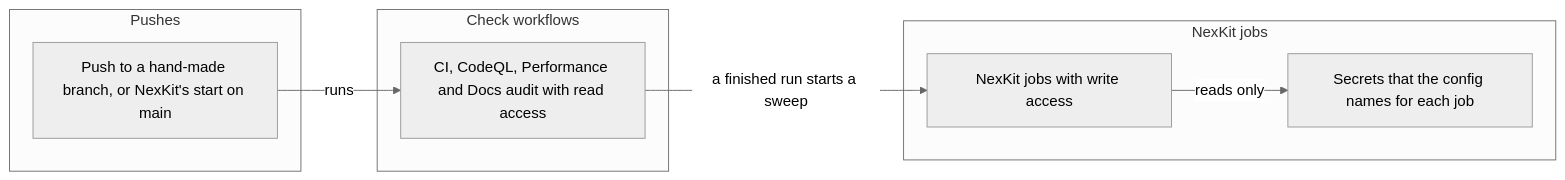
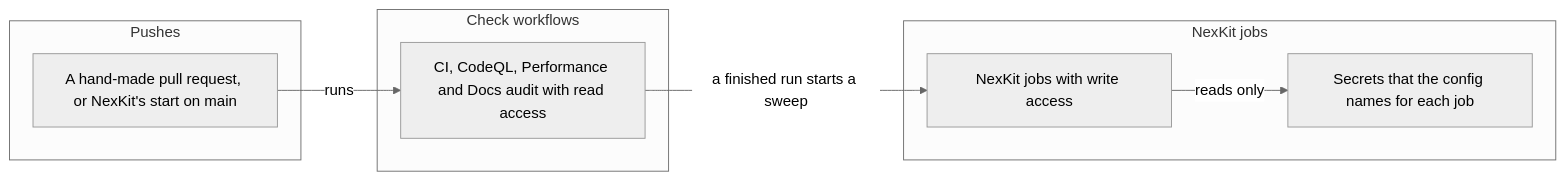
The third of 4 diagrams in docs/reference/threat-model-build.md (phuongnse/axis), drawn with Mermaid (neutral theme) before and after one commit. The commit also changed 9 other files, not shown here.

First line of the commit message:
D139 supersedes D136: CI runs on main alone, and NexKit checks every branch

````diff
--- a/docs/reference/threat-model-build.md
+++ b/docs/reference/threat-model-build.md
@@ -69,16 +69,16 @@
 ```mermaid
 flowchart LR
     subgraph pushes [Pushes]
-        Push[Push to a hand-made branch, or NexKit's start on main]
+        Push[A hand-made pull request, or NexKit's start on main]
     end
     subgraph checks [Check workflows]
         Ci[CI, CodeQL, Performance and Docs audit with read access]
     end
     subgraph nexkitjobs [NexKit jobs]
         Jobs[NexKit jobs with write access]
         Secrets[Secrets that the config names for each job]
     end
     Push -->|runs| Ci
     Ci -->|a finished run starts a sweep| Jobs
     Jobs -->|reads only| Secrets
 ```
````
